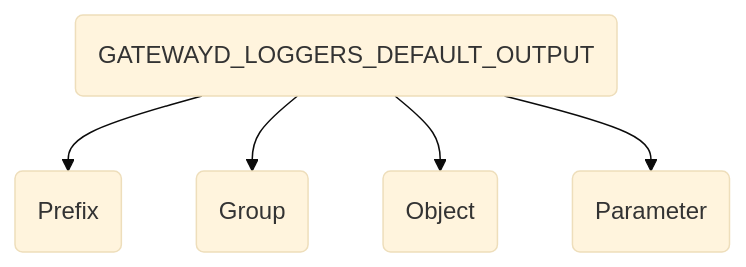
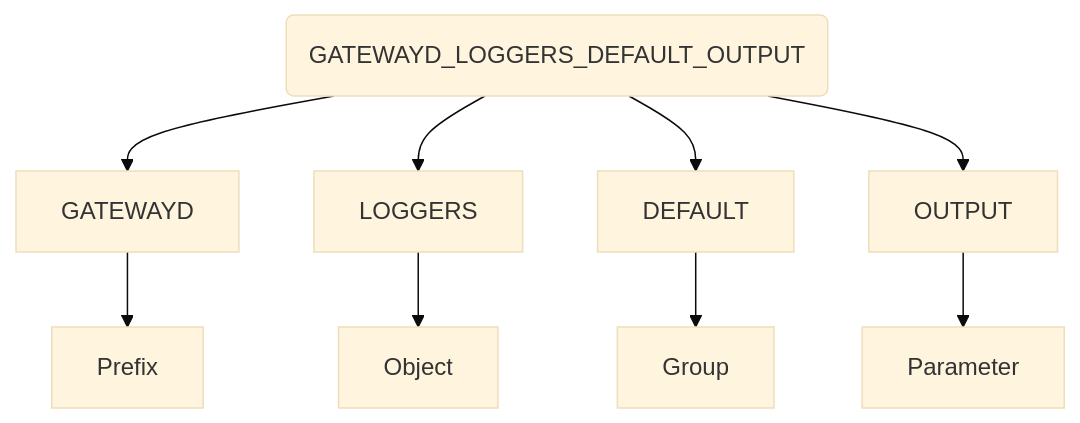
Before and after one commit to gatewayd-io/docs: the diagram in using-gatewayd/configuration.md, drawn with Mermaid (base theme). The commit also changed other lines of this file and 42 other files, not shown here.

Commit message:
Fix env-var flowchart

````diff
--- a/using-gatewayd/configuration.md
+++ b/using-gatewayd/configuration.md
@@ -165,7 +165,12 @@
 ```mermaid
 flowchart TD
-    A(GATEWAYD_LOGGERS_DEFAULT_OUTPUT) --> B(Prefix)
-    A --> C(Group)
-    A --> D(Object)
-    A --> E(Parameter)
+    A(GATEWAYD_LOGGERS_DEFAULT_OUTPUT)
+    A --> GATEWAYD
+    A --> LOGGERS
+    A --> DEFAULT
+    A --> OUTPUT
+    GATEWAYD --> Prefix
+    LOGGERS --> Object
+    DEFAULT --> Group
+    OUTPUT --> Parameter
 ```
````
